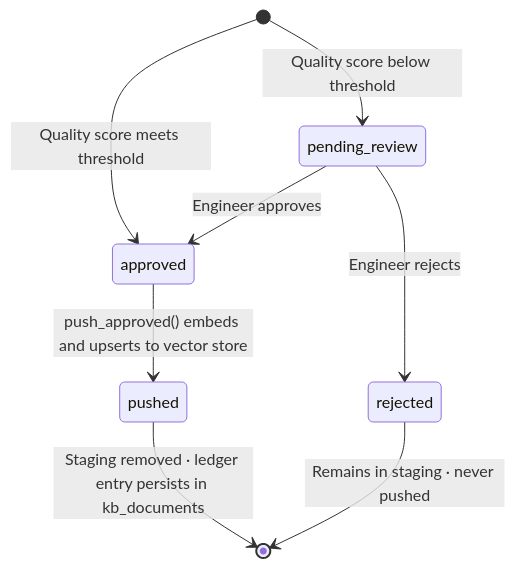
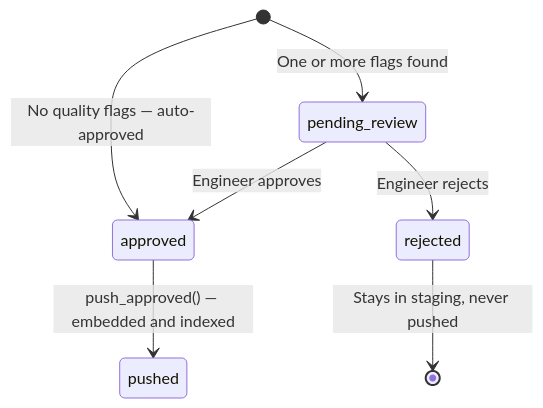
The fourth of 5 diagrams in docs/corpus-lifecycle.md (aasthapit/knowledge-ingestment-pipeline), drawn with Mermaid before and after one commit. The commit also changed other lines of this file and 18 other files, not shown here.

````diff
--- a/docs/corpus-lifecycle.md
+++ b/docs/corpus-lifecycle.md
@@ -242,10 +164,9 @@
 ```mermaid
 stateDiagram-v2
-    [*] --> pending_review : Quality score below threshold
-    [*] --> approved : Quality score meets threshold
+    [*] --> approved : No quality flags — auto-approved
+    [*] --> pending_review : One or more flags found
     pending_review --> approved : Engineer approves
     pending_review --> rejected : Engineer rejects
-    approved --> pushed : push_approved() embeds and upserts to vector store
-    pushed --> [*] : Staging removed · ledger entry persists in kb_documents
-    rejected --> [*] : Remains in staging · never pushed
+    approved --> pushed : push_approved() — embedded and indexed
+    rejected --> [*] : Stays in staging, never pushed
 ```
````
